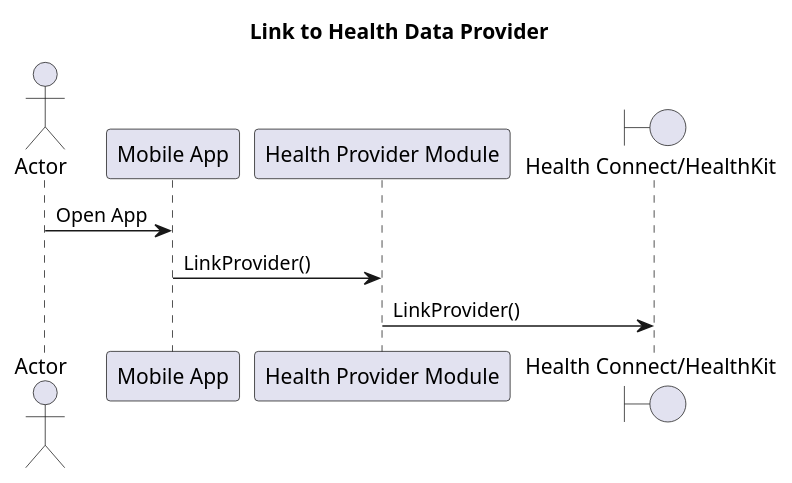
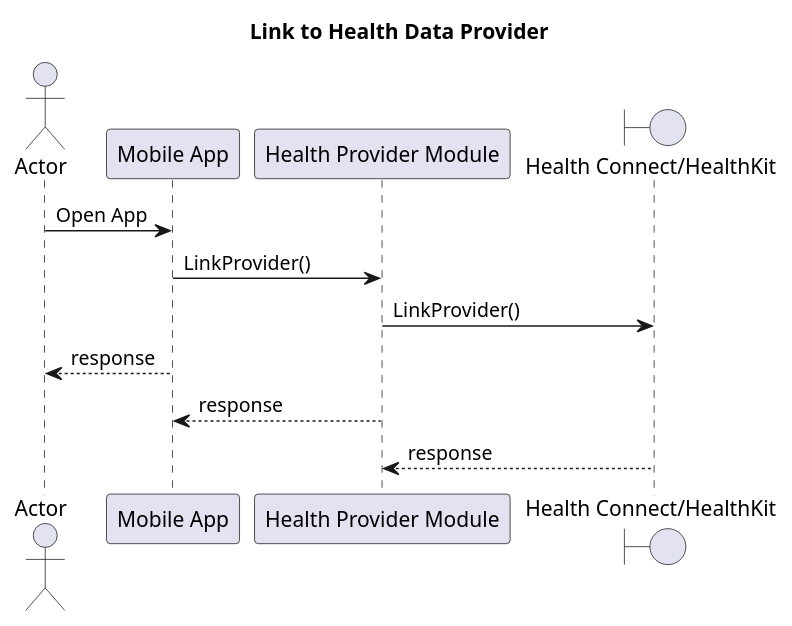
Before and after one commit to ruben-du-toit/aurii-app-service: the diagram in etc/diagrams/link-to-health-data-provider-sequence.puml, drawn with PlantUML. The commit also changed 1 other file, not shown here.

```diff
--- a/etc/diagrams/link-to-health-data-provider-sequence.puml
+++ b/etc/diagrams/link-to-health-data-provider-sequence.puml
@@ -1,20 +1,23 @@
 @startuml
 
 title: Link to Health Data Provider
 
 actor           "Actor"                     as User
 participant     "Mobile App"                as App
 'participant     "Coach Module"              as Coach
 'participant     "LLM Interface Module"      as LLMInterface
 'participant     "Activity Module"           as Activity
 participant     "Health Provider Module"    as Health
 'database        "Activity Database"         as ActivityDb
 boundary        "Health Connect/HealthKit"                       as HP
 
 
 
 User -> App: Open App
 App -> Health: LinkProvider()
 Health -> HP: LinkProvider()
+User <-- App: response
+App <-- Health: response
+Health <-- HP: response
 
 @enduml
```
